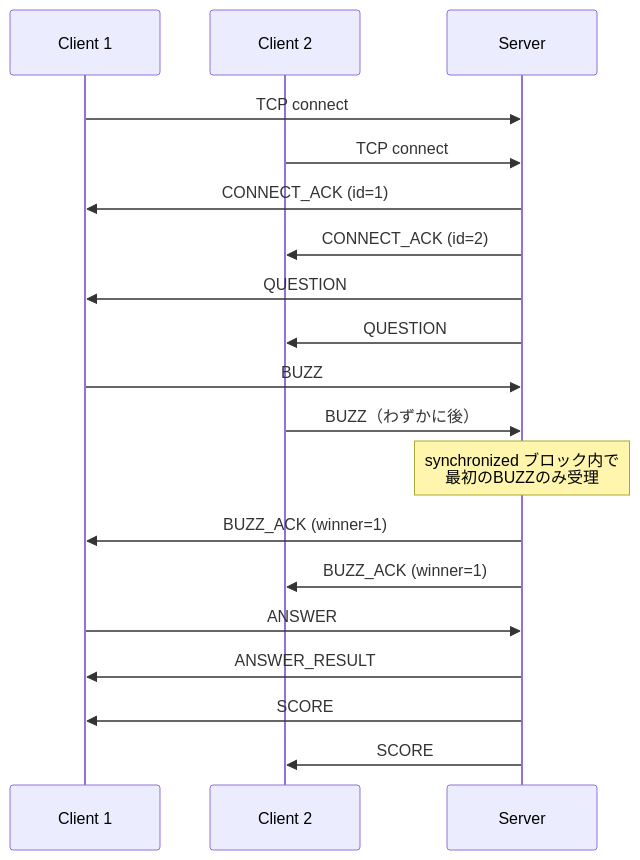
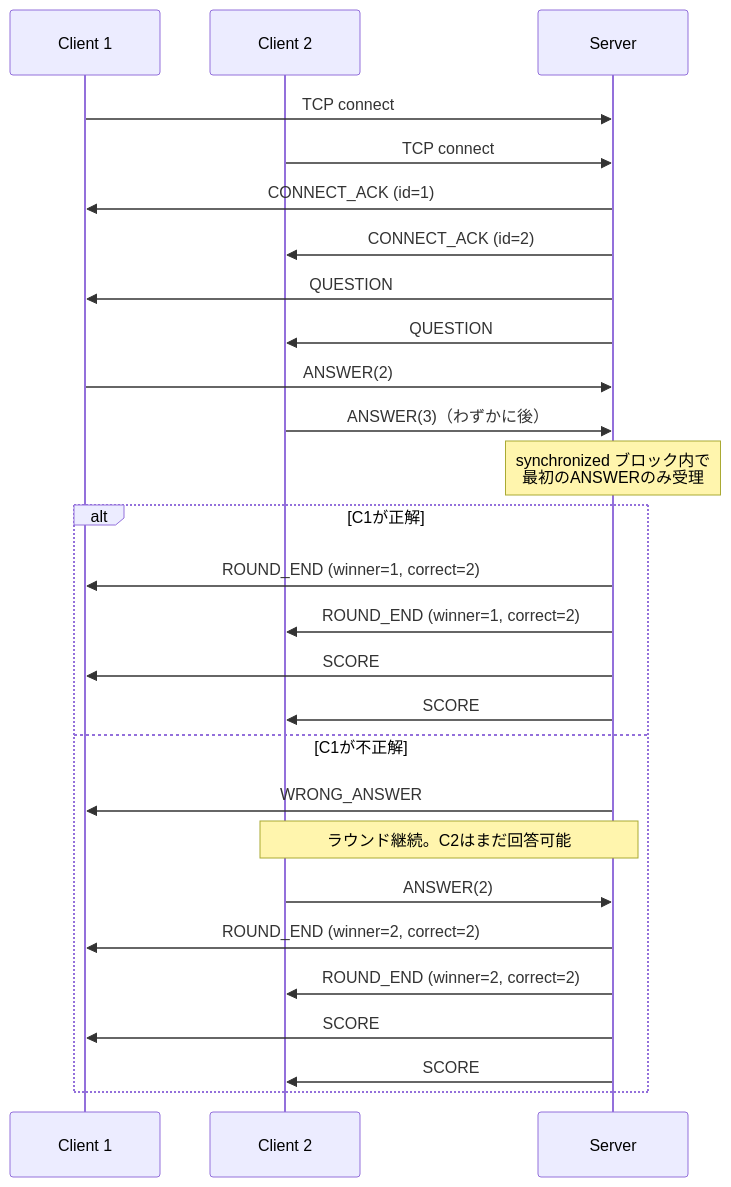
Before and after one commit to tsukuneA1/exp-b-socket-quiz: the second of 2 diagrams in docs/design/2026-05-03-communication-sync.md, drawn with Mermaid. The commit also changed other lines of this file, not shown here.

````diff
--- a/docs/design/2026-05-03-communication-sync.md
+++ b/docs/design/2026-05-03-communication-sync.md
@@ -71,27 +90,34 @@
 ```mermaid
 sequenceDiagram
     participant C1 as Client 1
     participant C2 as Client 2
     participant S as Server
 
     C1->>S: TCP connect
     C2->>S: TCP connect
     S->>C1: CONNECT_ACK (id=1)
     S->>C2: CONNECT_ACK (id=2)
 
     S->>C1: QUESTION
     S->>C2: QUESTION
 
-    C1->>S: BUZZ
-    C2->>S: BUZZ（わずかに後）
+    C1->>S: ANSWER(2)
+    C2->>S: ANSWER(3)（わずかに後）
 
-    Note over S: synchronized ブロック内で<br/>最初のBUZZのみ受理
+    Note over S: synchronized ブロック内で<br/>最初のANSWERのみ受理
 
-    S->>C1: BUZZ_ACK (winner=1)
-    S->>C2: BUZZ_ACK (winner=1)
-
-    C1->>S: ANSWER
-    S->>C1: ANSWER_RESULT
-    S->>C1: SCORE
-    S->>C2: SCORE
+    alt C1が正解
+        S->>C1: ROUND_END (winner=1, correct=2)
+        S->>C2: ROUND_END (winner=1, correct=2)
+        S->>C1: SCORE
+        S->>C2: SCORE
+    else C1が不正解
+        S->>C1: WRONG_ANSWER
+        Note over S,C2: ラウンド継続。C2はまだ回答可能
+        C2->>S: ANSWER(2)
+        S->>C1: ROUND_END (winner=2, correct=2)
+        S->>C2: ROUND_END (winner=2, correct=2)
+        S->>C1: SCORE
+        S->>C2: SCORE
+    end
 ```
````
